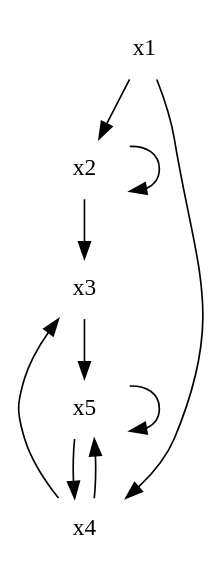
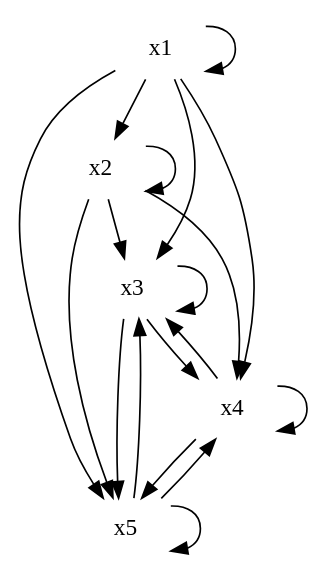
One commit to ljuglaret/Graphes changed the diagram in src/visuel/input2.dot. Above: the diagram before and after it, drawn with Graphviz. The commit also changed 18 other files, not shown here.

```diff
--- a/src/visuel/input2.dot
+++ b/src/visuel/input2.dot
@@ -1,12 +1,21 @@
 digraph mygraph{
  node [shape=plaintext]
+x1->x1
 x1->x2
+x1->x3
 x1->x4
+x1->x5
 x2->x2
 x2->x3
+x2->x4
+x2->x5
+x3->x3
+x3->x4
 x3->x5
 x4->x3
+x4->x4
 x4->x5
+x5->x3
 x5->x4
 x5->x5
 }
```
